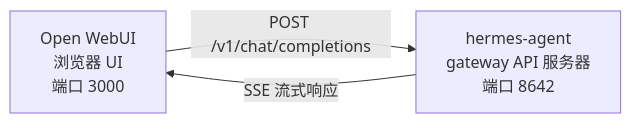
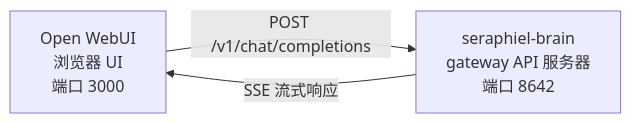
One commit to embreythecreator/seraphiel-brain changed the diagram in website/i18n/zh-Hans/docusaurus-plugin-content-docs/current/user-guide/messaging/open-webui.md. Above: the diagram before and after it, drawn with Mermaid. The commit also changed other lines of this file and 3731 other files, not shown here.

Commit message:
Full rename: purge all Hermes naming → Seraphiel Brain (package/dir/identifiers/docs/model-namespace); retain LICENSE/NOTICE (MIT) + vLLM --tool-call-parser hermes (external)

````diff
--- a/website/i18n/zh-Hans/docusaurus-plugin-content-docs/current/user-guide/messaging/open-webui.md
+++ b/website/i18n/zh-Hans/docusaurus-plugin-content-docs/current/user-guide/messaging/open-webui.md
@@ -13,7 +13,7 @@
 ```mermaid
 flowchart LR
     A["Open WebUI<br/>浏览器 UI<br/>端口 3000"]
-    B["hermes-agent<br/>gateway API 服务器<br/>端口 8642"]
+    B["seraphiel-brain<br/>gateway API 服务器<br/>端口 8642"]
     A -->|POST /v1/chat/completions| B
     B -->|SSE 流式响应| A
 ```
````
